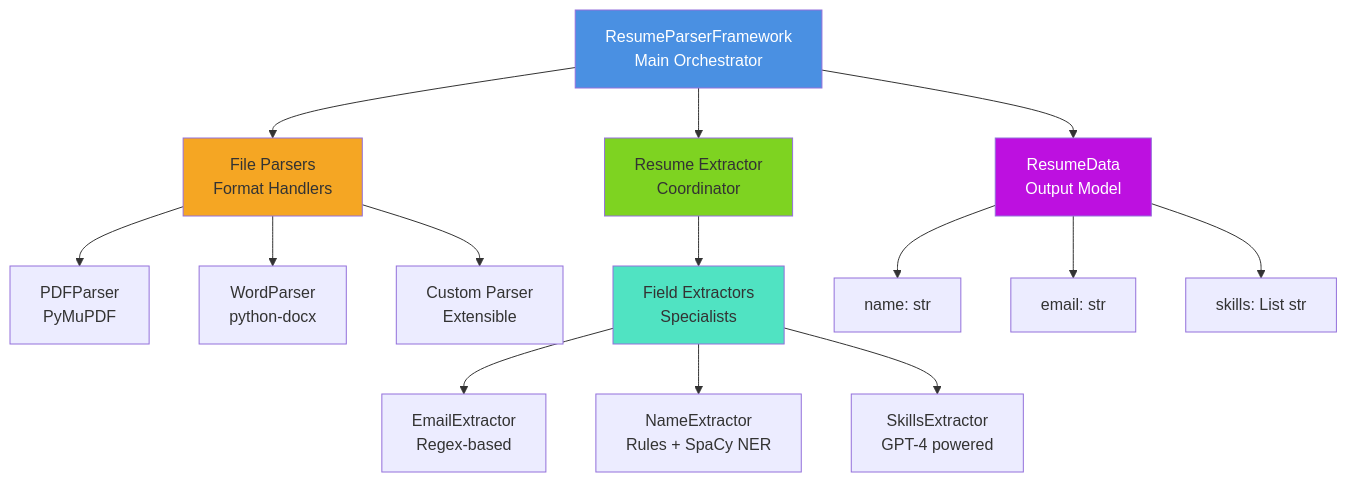
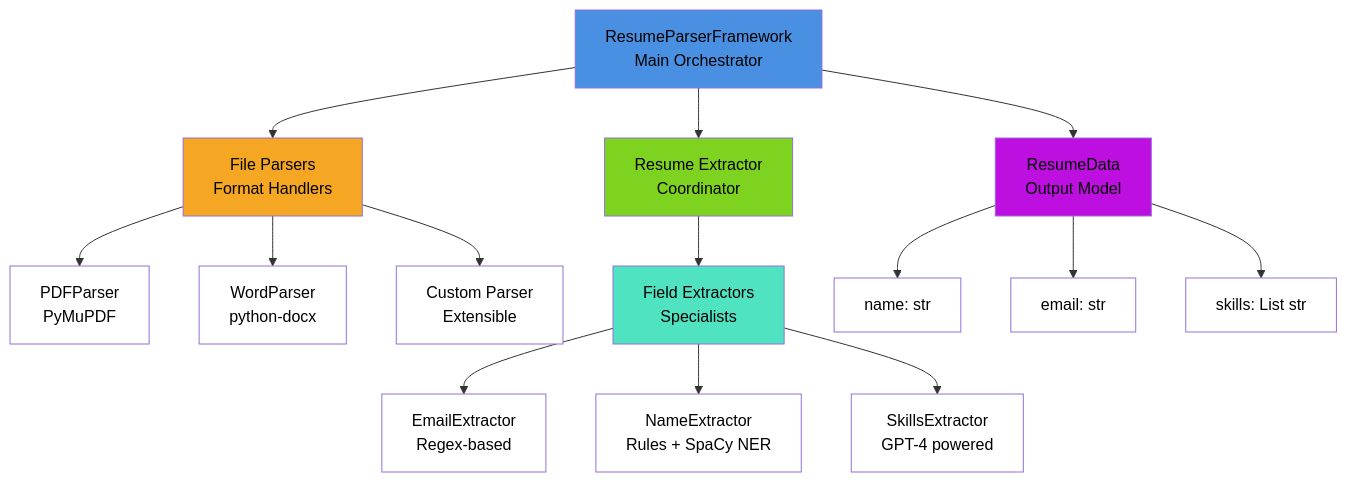
Before and after one commit to ovokpus/ResumeParser: the second of 2 diagrams in README.md, drawn with Mermaid. The commit also changed other lines of this file, not shown here.

Commit message:
Update Mermaid diagrams to use black text on colored boxes
- Add color:#000 to all nodes in Visual Architecture diagram
- Change Component Breakdown diagram from white to black text
- Ensure all colored boxes have black text for better readability

````diff
--- a/README.md
+++ b/README.md
@@ -57,25 +61,34 @@
 ```mermaid
 graph TD
     A[ResumeParserFramework<br/>Main Orchestrator] --> B[File Parsers<br/>Format Handlers]
     A --> C[Resume Extractor<br/>Coordinator]
     A --> D[ResumeData<br/>Output Model]
     
     B --> B1[PDFParser<br/>PyMuPDF]
     B --> B2[WordParser<br/>python-docx]
     B --> B3[Custom Parser<br/>Extensible]
     
     C --> C1[Field Extractors<br/>Specialists]
     C1 --> C1A[EmailExtractor<br/>Regex-based]
     C1 --> C1B[NameExtractor<br/>Rules + SpaCy NER]
     C1 --> C1C[SkillsExtractor<br/>GPT-4 powered]
     
     D --> D1[name: str]
     D --> D2[email: str]
     D --> D3[skills: List str]
     
-    style A fill:#4a90e2,color:#fff
-    style B fill:#f5a623
-    style C fill:#7ed321
-    style D fill:#bd10e0,color:#fff
-    style C1 fill:#50e3c2
+    style A fill:#4a90e2,color:#000
+    style B fill:#f5a623,color:#000
+    style C fill:#7ed321,color:#000
+    style D fill:#bd10e0,color:#000
+    style C1 fill:#50e3c2,color:#000
+    style B1 fill:#ffffff,color:#000
+    style B2 fill:#ffffff,color:#000
+    style B3 fill:#ffffff,color:#000
+    style C1A fill:#ffffff,color:#000
+    style C1B fill:#ffffff,color:#000
+    style C1C fill:#ffffff,color:#000
+    style D1 fill:#ffffff,color:#000
+    style D2 fill:#ffffff,color:#000
+    style D3 fill:#ffffff,color:#000
 ```
````
